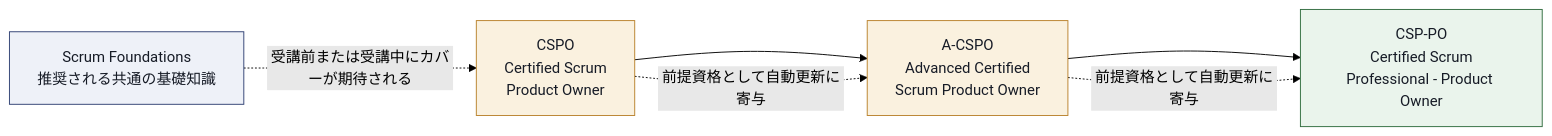
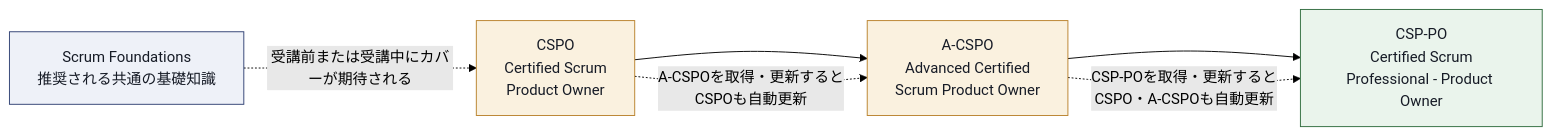
The first of 15 diagrams in Cspo-certified-scrum-product-owner-study-guide.md (myoshi2891/Management-Team-Building-Studies), drawn with Mermaid (forest theme) before and after one commit. The commit also changed other lines of this file and 3 other files, not shown here.

````diff
--- a/Cspo-certified-scrum-product-owner-study-guide.md
+++ b/Cspo-certified-scrum-product-owner-study-guide.md
@@ -80,16 +80,16 @@
 ```mermaid
 flowchart LR
     A["Scrum Foundations<br/>推奨される共通の基礎知識"] -.受講前または受講中にカバーが期待される.-> B["CSPO<br/>Certified Scrum<br/>Product Owner"]
     B --> C["A-CSPO<br/>Advanced Certified<br/>Scrum Product Owner"]
     C --> D["CSP-PO<br/>Certified Scrum<br/>Professional - Product Owner"]
-    B -.前提資格として自動更新に寄与.-> C
-    C -.前提資格として自動更新に寄与.-> D
+    B -.A-CSPOを取得・更新するとCSPOも自動更新.-> C
+    C -.CSP-POを取得・更新するとCSPO・A-CSPOも自動更新.-> D
 
     classDef start fill:#EEF1F8,stroke:#2E3F72,color:#161B26
     classDef mid fill:#FAF1DF,stroke:#B8802A,color:#161B26
     classDef done fill:#EAF4EC,stroke:#2F6B3D,color:#161B26
     class A start
     class B mid
     class C mid
     class D done
 ```
````
